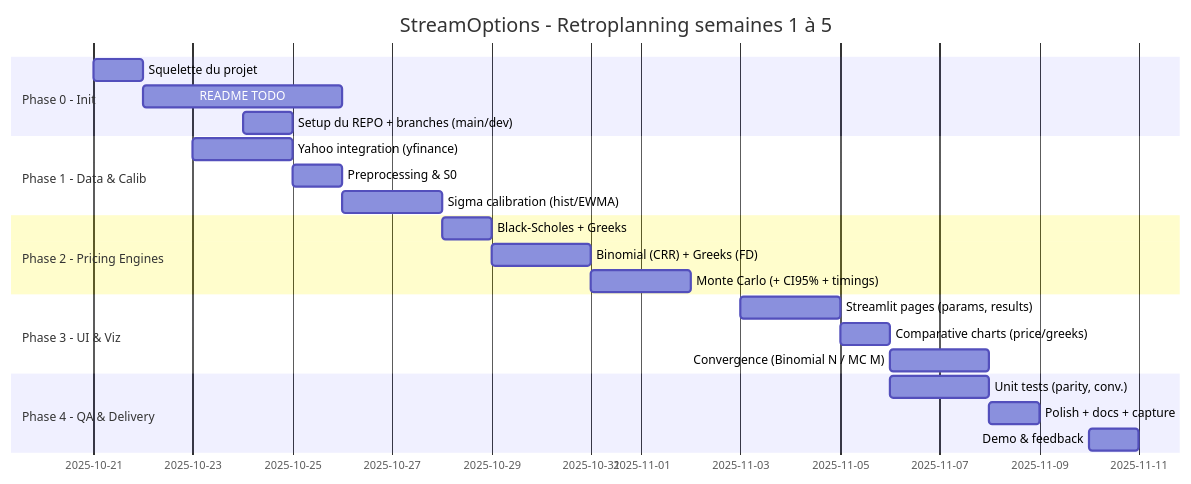
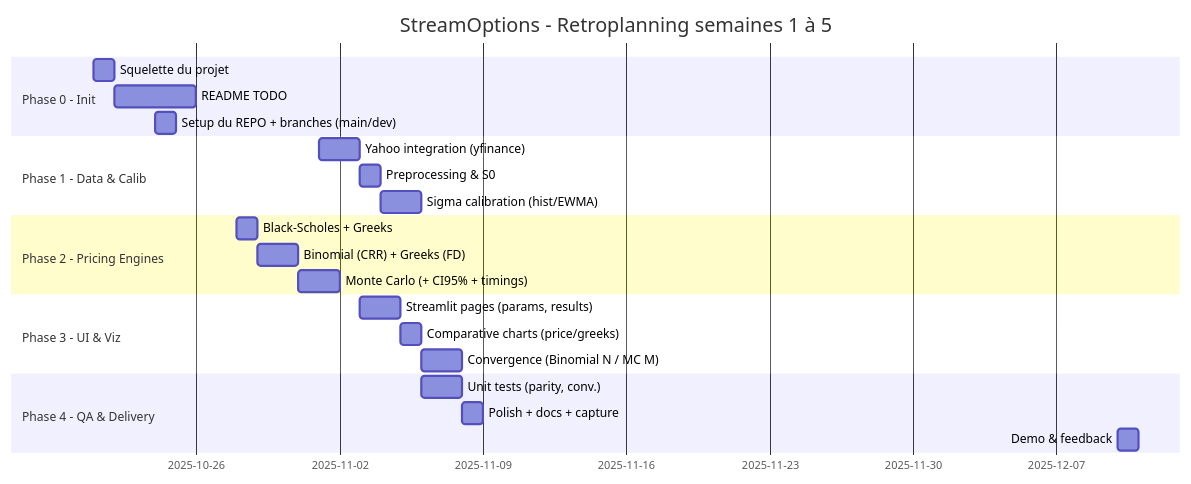
Before and after one commit to Karam-Benameur/stream_options: the diagram in roadmap/Gantt_Diagram.md, drawn with Mermaid.

````diff
--- a/roadmap/Gantt_Diagram.md
+++ b/roadmap/Gantt_Diagram.md
@@ -1,31 +1,31 @@
 ```mermaid
 gantt
     title StreamOptions - Retroplanning semaines 1 à 5
     dateFormat  DD-MM-YYYY
     includes    weekends
 
     section Phase 0 - Init
     Squelette du projet                 :s1, 21-10-2025, 1d
     README TODO                         :s2, 22-10-2025, 4d
     Setup du REPO + branches (main/dev) :s3, 24-10-2025, 1d
 
     section Phase 1 - Data & Calib
-    Yahoo integration (yfinance)        :d1, 23-10-2025, 2d
+    Yahoo integration (yfinance)        :d1, 01-11-2025, 2d
     Preprocessing & S0                  :d2, after d1, 1d
     Sigma calibration (hist/EWMA)       :d3, after d2, 2d
 
     section Phase 2 - Pricing Engines
     Black-Scholes + Greeks              :p1, 2025-10-28, 1d
     Binomial (CRR) + Greeks (FD)        :p2, after p1, 2d
     Monte Carlo (+ CI95% + timings)     :p3, after p2, 2d
 
     section Phase 3 - UI & Viz
     Streamlit pages (params, results)   :u1, 2025-11-03, 2d
     Comparative charts (price/greeks)   :u2, after u1, 1d
     Convergence (Binomial N / MC M)     :u3, after u2, 2d
 
     section Phase 4 - QA & Delivery
     Unit tests (parity, conv.)          :q1, 2025-11-06, 2d
     Polish + docs + capture             :q2, after q1, 1d
-    Demo & feedback                     :dl, 2025-11-10, 1d
+    Demo & feedback                     :dl, 10-12-2025, 1d
 ```
````
